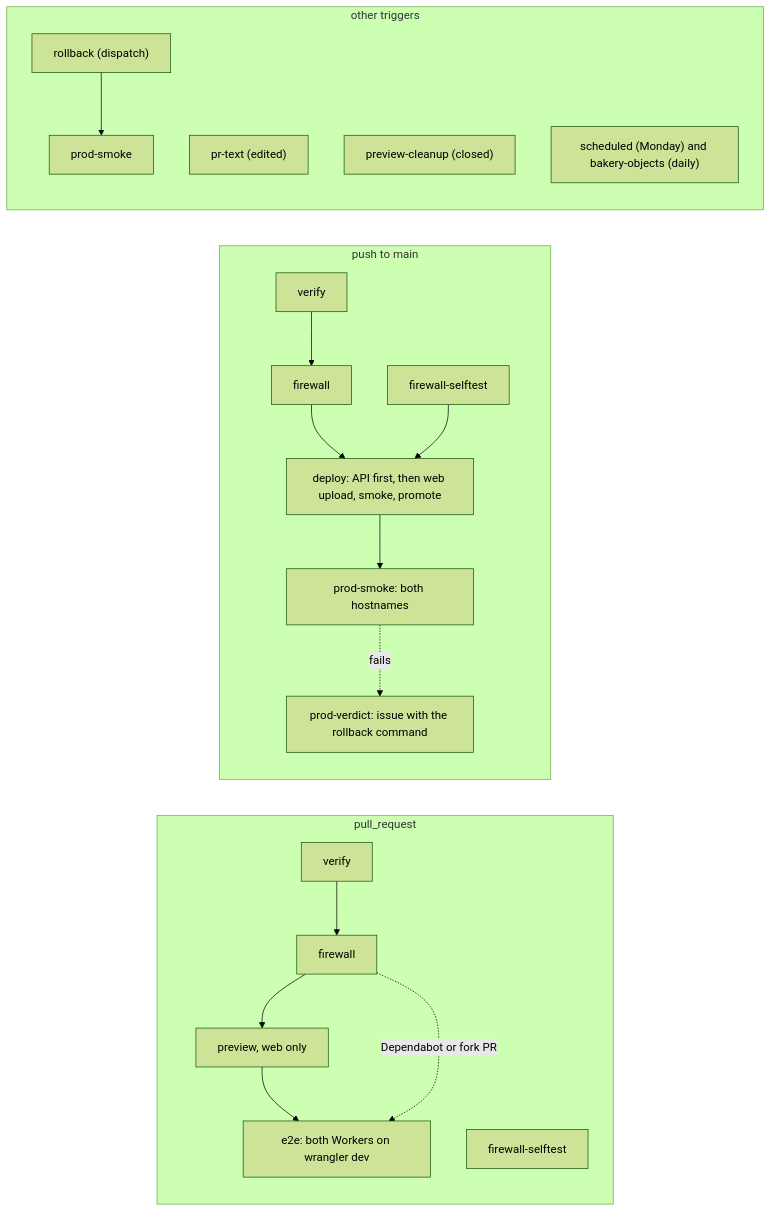
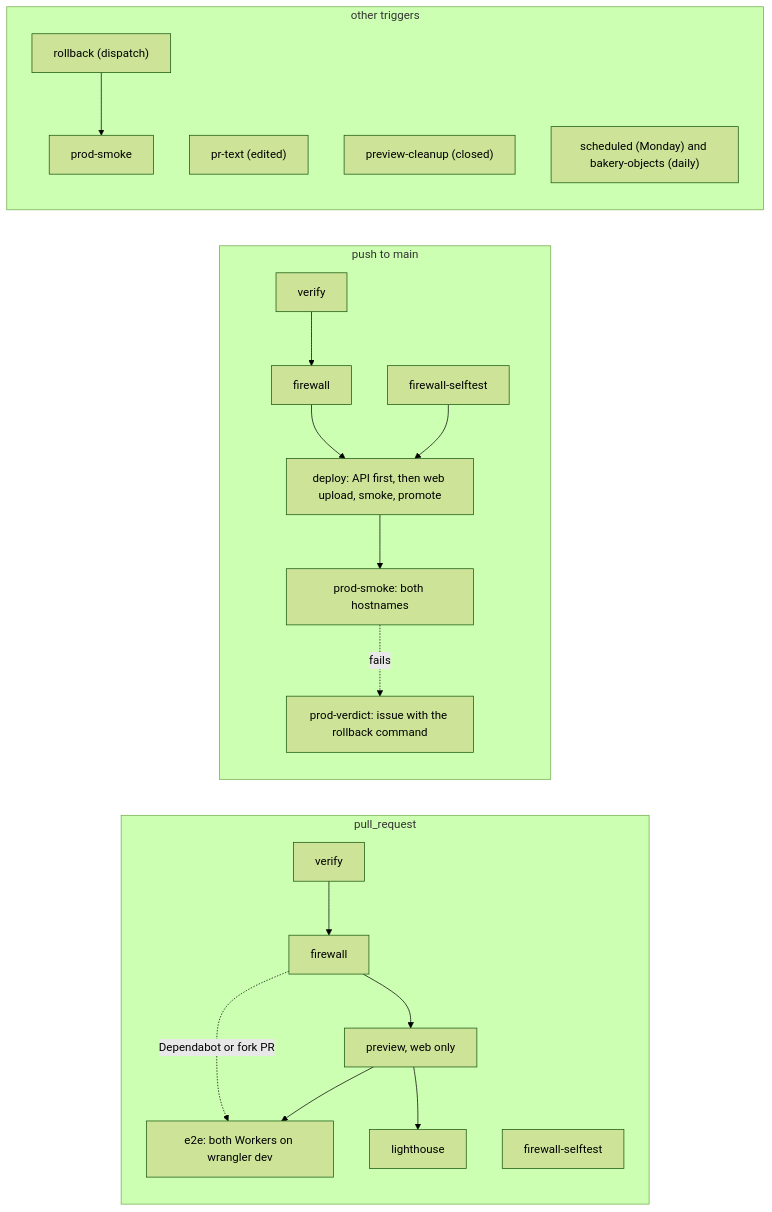
The diagram in docs/delivery.md (IHaveASegway/bakery), drawn with Mermaid (forest theme) before and after one commit. The commit also changed other lines of this file and 20 other files, not shown here.

````diff
--- a/docs/delivery.md
+++ b/docs/delivery.md
@@ -141,20 +161,21 @@
 ```mermaid
 flowchart LR
   subgraph PR["pull_request"]
     V["verify"] --> F["firewall"]
     ST["firewall-selftest"]
     F --> P["preview, web only"] --> E["e2e: both Workers on wrangler dev"]
+    P --> LH["lighthouse"]
     F -.->|"Dependabot or fork PR"| E
   end
   subgraph MAIN["push to main"]
     V2["verify"] --> F2["firewall"] --> D["deploy: API first, then web upload, smoke, promote"] --> S["prod-smoke: both hostnames"]
     ST2["firewall-selftest"] --> D
     S -.->|"fails"| I["prod-verdict: issue with the rollback command"]
   end
   subgraph OTHER["other triggers"]
     R["rollback (dispatch)"] --> S3["prod-smoke"]
     T["pr-text (edited)"]
     C["preview-cleanup (closed)"]
     W["scheduled (Monday) and bakery-objects (daily)"]
   end
 ```
````
